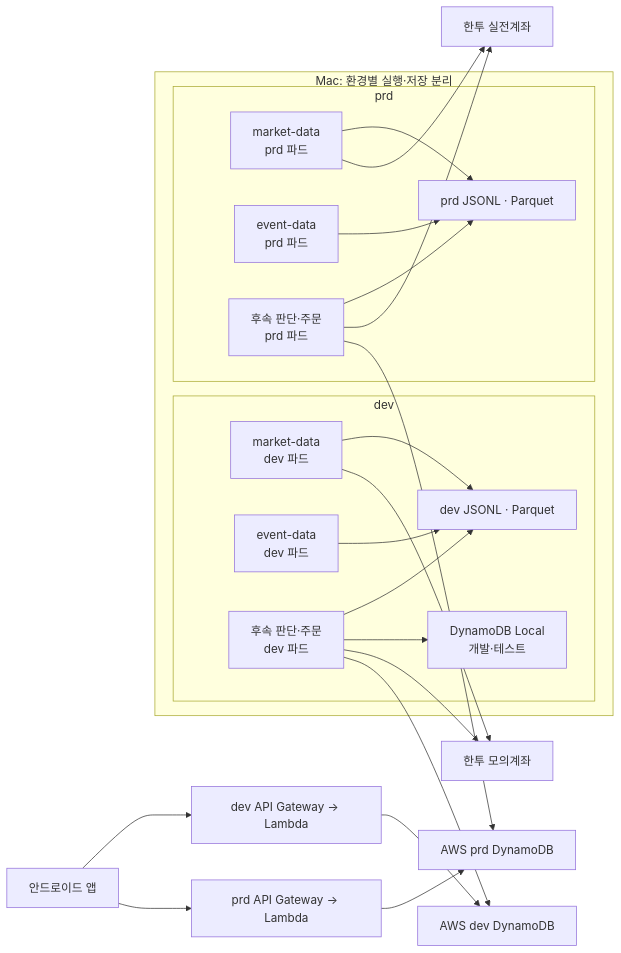
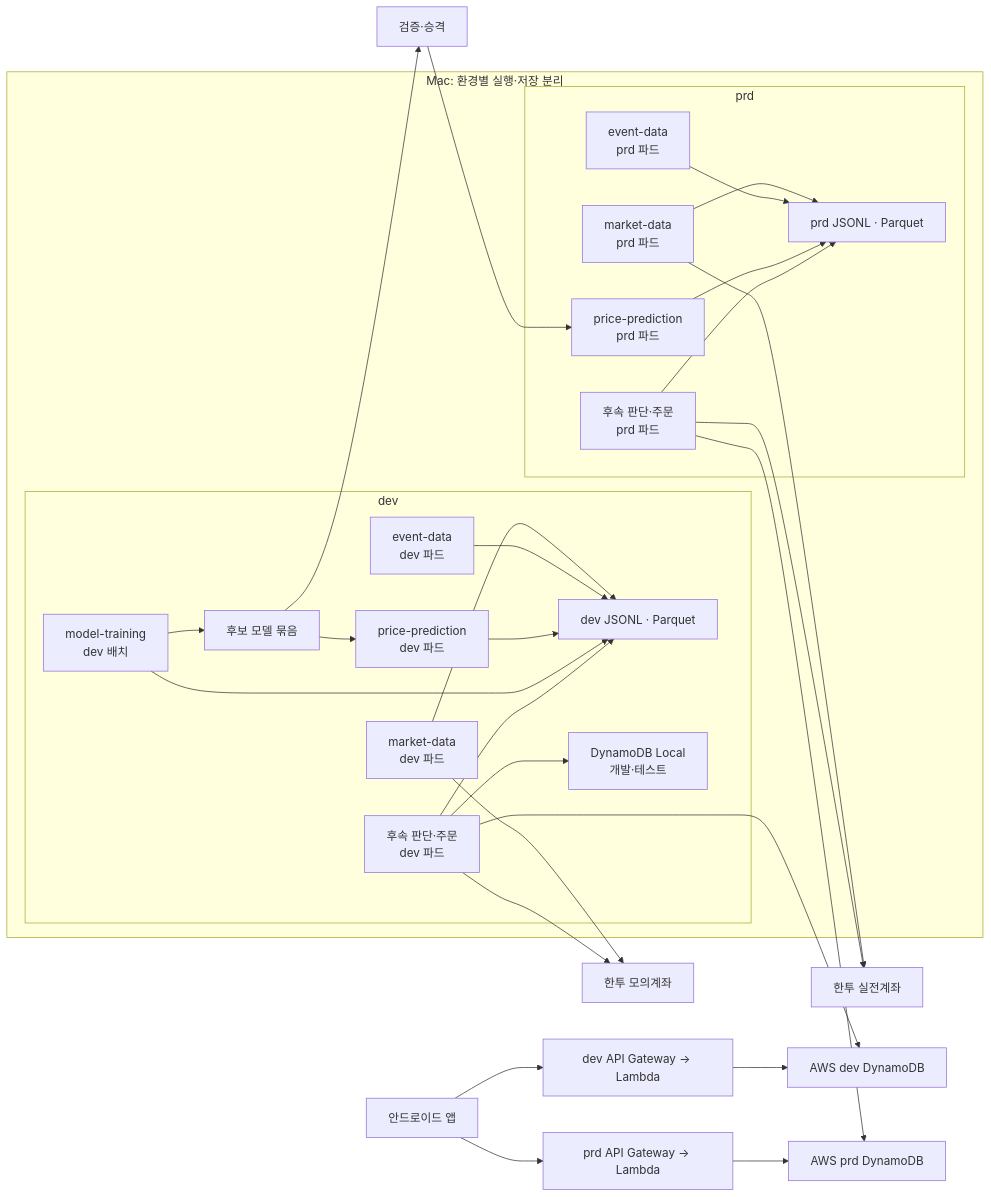
Before and after one commit to ShinYEB/Auto-helm: the third of 3 diagrams in docs/hld/HLD.md, drawn with Mermaid. The commit also changed other lines of this file and 3 other files, not shown here.

Commit message:
Separate online prediction from model training

````diff
--- a/docs/hld/HLD.md
+++ b/docs/hld/HLD.md
@@ -225,26 +232,32 @@
 ```mermaid
 flowchart LR
     subgraph MAC["Mac: 환경별 실행·저장 분리"]
         subgraph DEV["dev"]
             DM["market-data<br/>dev 파드"] --> DF["dev JSONL · Parquet"]
             DE["event-data<br/>dev 파드"] --> DF
+            DR["price-prediction<br/>dev 파드"] --> DF
+            DT["model-training<br/>dev 배치"] --> DF
+            DT --> B["후보 모델 묶음"]
+            B --> DR
             DP["후속 판단·주문<br/>dev 파드"] --> DF
             DP --> DL["DynamoDB Local<br/>개발·테스트"]
         end
         subgraph PRD["prd"]
             PM["market-data<br/>prd 파드"] --> PF["prd JSONL · Parquet"]
             PE["event-data<br/>prd 파드"] --> PF
+            PR["price-prediction<br/>prd 파드"] --> PF
             PP["후속 판단·주문<br/>prd 파드"] --> PF
         end
     end
+    B --> APPROVE["검증·승격"] --> PR
     DM --> VTS["한투 모의계좌"]
     DP --> VTS
     PM --> REAL["한투 실전계좌"]
     PP --> REAL
     DP --> DD["AWS dev DynamoDB"]
     PP --> PD["AWS prd DynamoDB"]
     APP["안드로이드 앱"] --> DA["dev API Gateway → Lambda"]
     APP --> PA["prd API Gateway → Lambda"]
     DA --> DD
     PA --> PD
 ```
````
